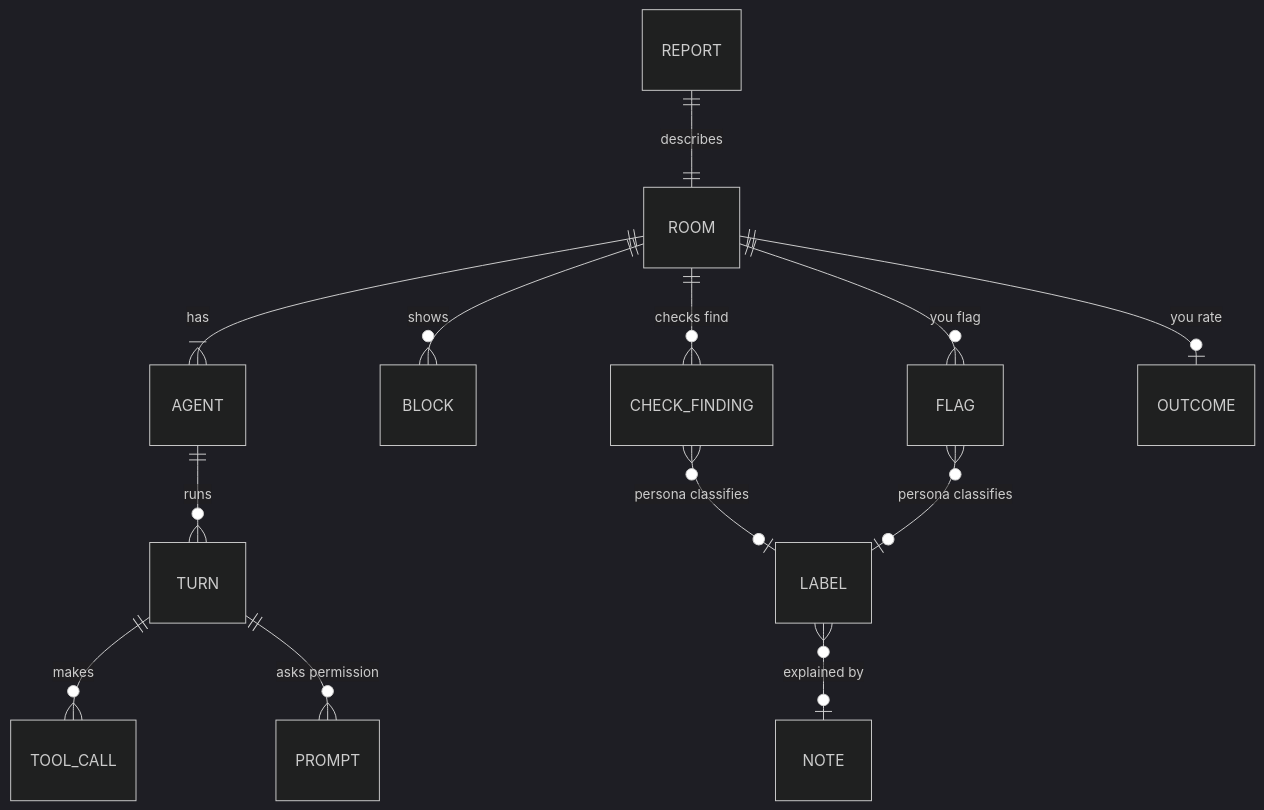
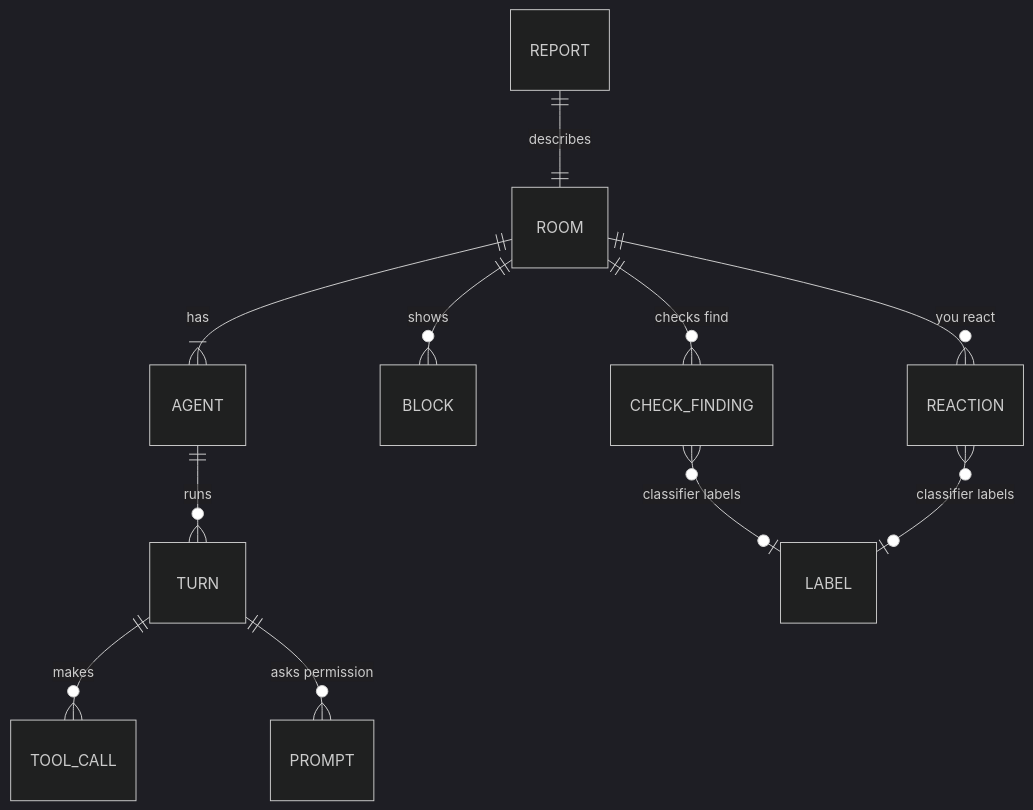
The second of 2 diagrams in designs/telemetry-persona.md (HJeon139/postbox), drawn with Mermaid (dark theme) before and after one commit. The commit also changed other lines of this file and 3 other files, not shown here.

````diff
--- a/designs/telemetry-persona.md
+++ b/designs/telemetry-persona.md
@@ -116,15 +116,13 @@
 ```mermaid
 erDiagram
   REPORT ||--|| ROOM : describes
   ROOM ||--|{ AGENT : has
   AGENT ||--o{ TURN : runs
   TURN ||--o{ TOOL_CALL : makes
   TURN ||--o{ PROMPT : "asks permission"
   ROOM ||--o{ BLOCK : shows
   ROOM ||--o{ CHECK_FINDING : "checks find"
-  ROOM ||--o{ FLAG : "you flag"
-  CHECK_FINDING }o--o| LABEL : "persona classifies"
-  FLAG }o--o| LABEL : "persona classifies"
-  LABEL }o--o| NOTE : "explained by"
-  ROOM ||--o| OUTCOME : "you rate"
+  ROOM ||--o{ REACTION : "you react"
+  CHECK_FINDING }o--o| LABEL : "classifier labels"
+  REACTION }o--o| LABEL : "classifier labels"
 ```
````
